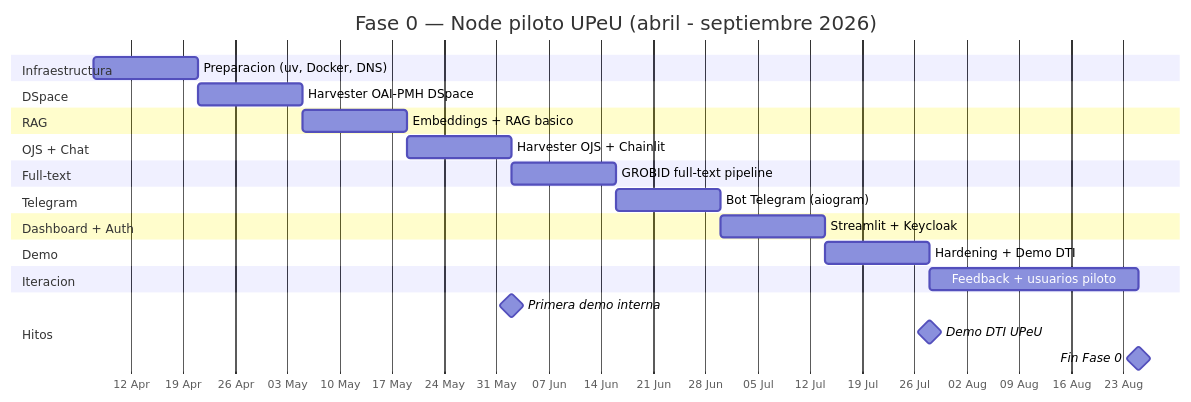
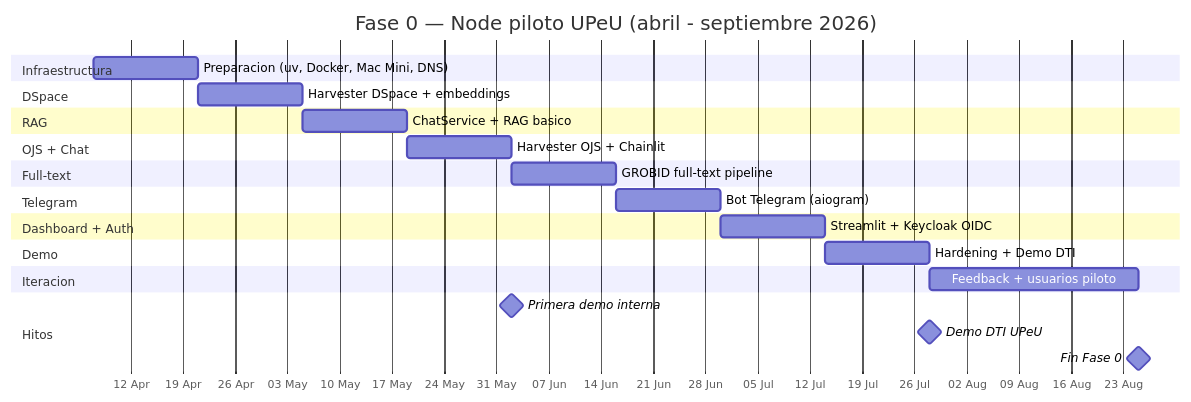
The diagram in docs/roadmap.md (SciBack/guia), drawn with Mermaid before and after one commit. The commit also changed other lines of this file and 1 other file, not shown here.

````diff
--- a/docs/roadmap.md
+++ b/docs/roadmap.md
@@ -225,38 +254,38 @@
 ```mermaid
 gantt
     title Fase 0 — Node piloto UPeU (abril - septiembre 2026)
     dateFormat YYYY-MM-DD
     axisFormat %d %b
 
     section Infraestructura
-    Preparacion (uv, Docker, DNS)       :s00, 2026-04-07, 14d
+    Preparacion (uv, Docker, Mac Mini, DNS)  :s00, 2026-04-07, 14d
 
     section DSpace
-    Harvester OAI-PMH DSpace            :s01, after s00, 14d
+    Harvester DSpace + embeddings            :s01, after s00, 14d
 
     section RAG
-    Embeddings + RAG basico             :s02, after s01, 14d
+    ChatService + RAG basico                 :s02, after s01, 14d
 
     section OJS + Chat
-    Harvester OJS + Chainlit            :s03, after s02, 14d
+    Harvester OJS + Chainlit                 :s03, after s02, 14d
 
     section Full-text
-    GROBID full-text pipeline           :s04, after s03, 14d
+    GROBID full-text pipeline                :s04, after s03, 14d
 
     section Telegram
-    Bot Telegram (aiogram)              :s05, after s04, 14d
+    Bot Telegram (aiogram)                   :s05, after s04, 14d
 
     section Dashboard + Auth
-    Streamlit + Keycloak                :s06, after s05, 14d
+    Streamlit + Keycloak OIDC               :s06, after s05, 14d
 
     section Demo
-    Hardening + Demo DTI                :s07, after s06, 14d
+    Hardening + Demo DTI                     :s07, after s06, 14d
 
     section Iteracion
-    Feedback + usuarios piloto          :s08, after s07, 28d
+    Feedback + usuarios piloto               :s08, after s07, 28d
 
     section Hitos
-    Primera demo interna                :milestone, after s03, 0d
-    Demo DTI UPeU                       :milestone, after s07, 0d
-    Fin Fase 0                          :milestone, after s08, 0d
+    Primera demo interna                     :milestone, after s03, 0d
+    Demo DTI UPeU                            :milestone, after s07, 0d
+    Fin Fase 0                               :milestone, after s08, 0d
 ```
````
